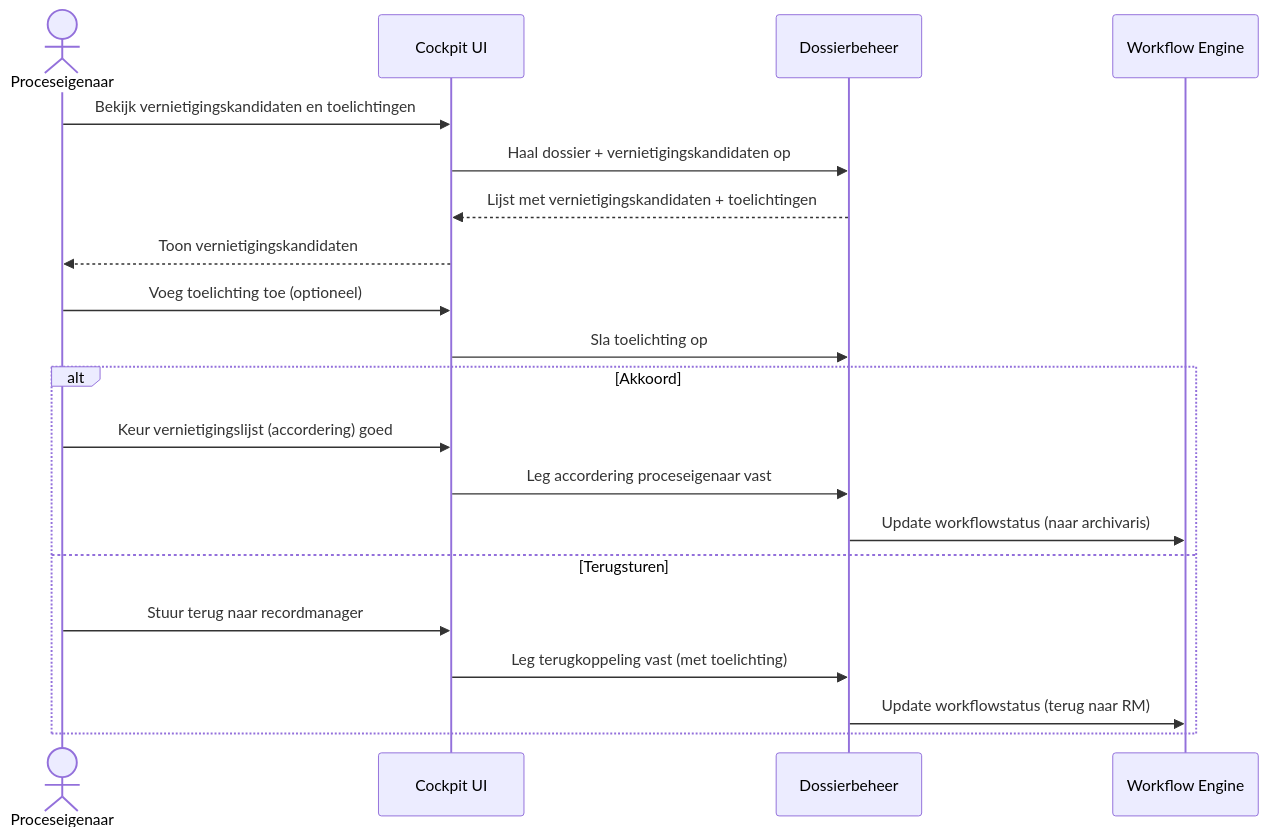
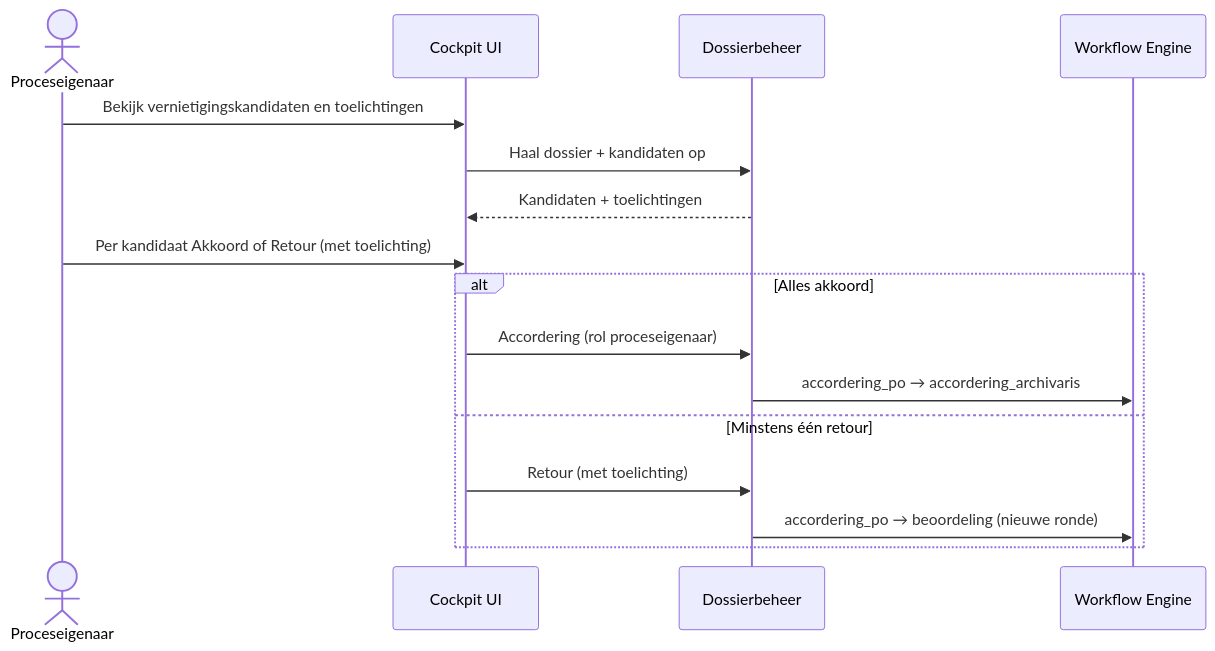
The fourth of 12 diagrams in architectuur/sequence-diagrammen.md (GemeenteArnhem/Vernietigingscockpit), drawn with Mermaid before and after one commit. The commit also changed other lines of this file and 39 other files, not shown here.

````diff
--- a/architectuur/sequence-diagrammen.md
+++ b/architectuur/sequence-diagrammen.md
@@ -109,25 +107,20 @@
 ```mermaid
 sequenceDiagram
     actor PO as Proceseigenaar
     participant UI as Cockpit UI
     participant D as Dossierbeheer
     participant WF as Workflow Engine
 
     PO ->> UI: Bekijk vernietigingskandidaten en toelichtingen
-    UI ->> D: Haal dossier + vernietigingskandidaten op
-    D -->> UI: Lijst met vernietigingskandidaten + toelichtingen
-    UI -->> PO: Toon vernietigingskandidaten
+    UI ->> D: Haal dossier + kandidaten op
+    D -->> UI: Kandidaten + toelichtingen
+    PO ->> UI: Per kandidaat Akkoord of Retour (met toelichting)
 
-    PO ->> UI: Voeg toelichting toe (optioneel)
-    UI ->> D: Sla toelichting op
-
-    alt Akkoord
-        PO ->> UI: Keur vernietigingslijst (accordering) goed
-        UI ->> D: Leg accordering proceseigenaar vast
-        D ->> WF: Update workflowstatus (naar archivaris)
-    else Terugsturen
-        PO ->> UI: Stuur terug naar recordmanager
-        UI ->> D: Leg terugkoppeling vast (met toelichting)
-        D ->> WF: Update workflowstatus (terug naar RM)
+    alt Alles akkoord
+        UI ->> D: Accordering (rol proceseigenaar)
+        D ->> WF: accordering_po → accordering_archivaris
+    else Minstens één retour
+        UI ->> D: Retour (met toelichting)
+        D ->> WF: accordering_po → beoordeling (nieuwe ronde)
     end
 ```
````
